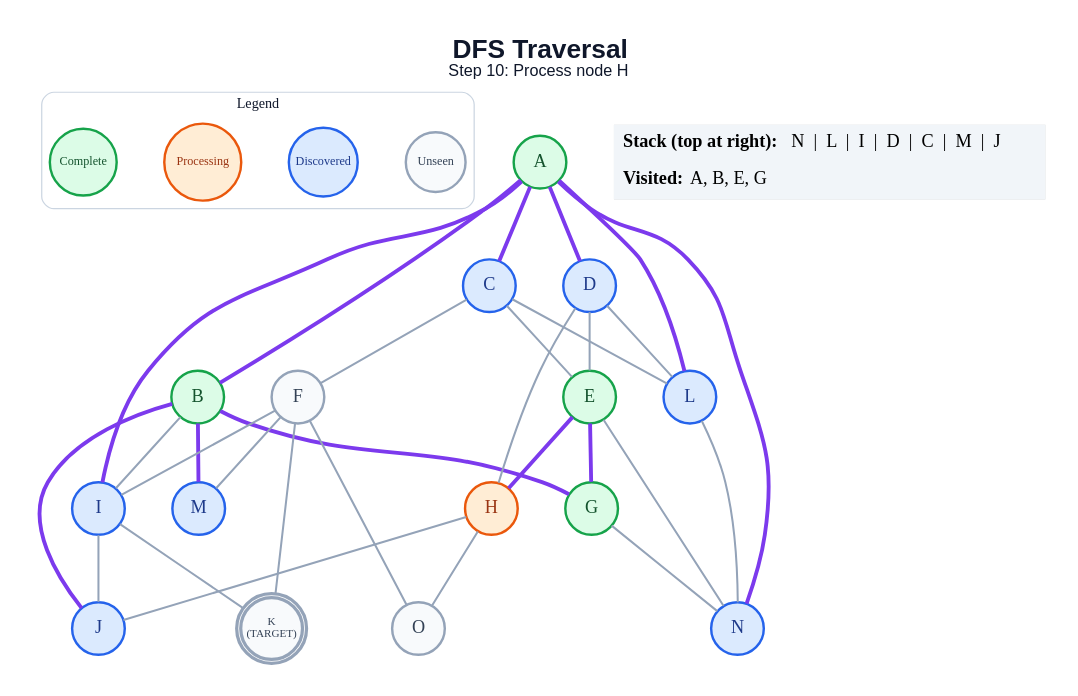
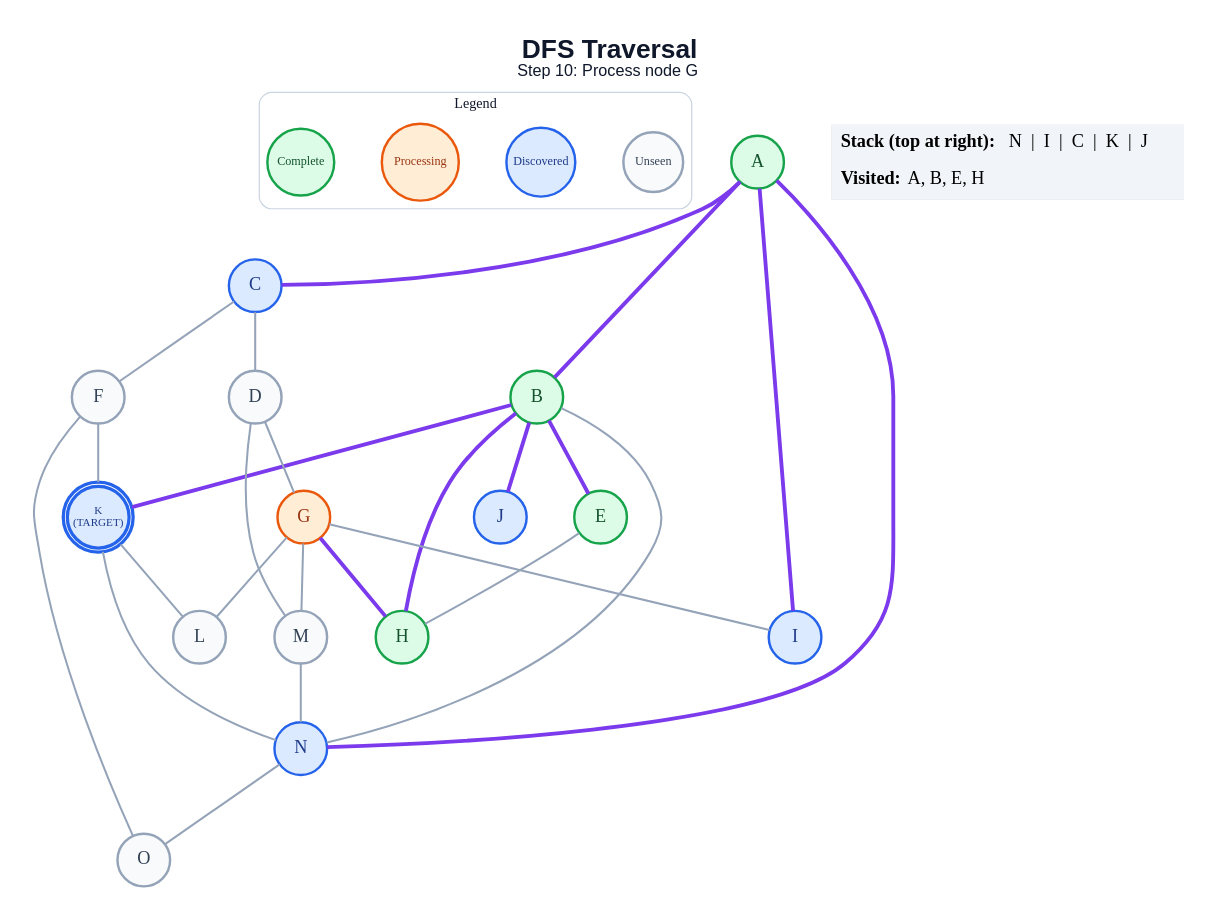
One commit to anon7238593-create/ai-slop changed the diagram in generated/specific-node/dfs/step_10.dot. Above: the diagram before and after it, drawn with Graphviz. The commit also changed 281 other files, not shown here.

```diff
--- a/generated/specific-node/dfs/step_10.dot
+++ b/generated/specific-node/dfs/step_10.dot
@@ -1,63 +1,58 @@
 graph traversal {
   graph [layout=dot, rankdir=TB, bgcolor="#FFFFFF", pad="0.35", nodesep="0.65", ranksep="0.8", fontname="Arial"];
   node [shape=circle, style="filled", fontname="Arial Bold", fontsize=18, width=0.72, fixedsize=true, penwidth=2.4];
   edge [color="#94A3B8", penwidth=2.0];
-  label=<<B>DFS Traversal</B><BR/><FONT POINT-SIZE="16">Step 10: Process node H</FONT>>; labelloc="t"; fontsize=26; fontname="Arial"; fontcolor="#0F172A";
+  label=<<B>DFS Traversal</B><BR/><FONT POINT-SIZE="16">Step 10: Process node G</FONT>>; labelloc="t"; fontsize=26; fontname="Arial"; fontcolor="#0F172A";
   subgraph cluster_legend { label="Legend"; color="#CBD5E1"; penwidth=1.2; style="rounded"; fontsize=14; fontname="Arial Bold";
     key_unseen [label="Unseen", fillcolor="#F8FAFC", color="#94A3B8", fontcolor="#334155", fontsize=12, width=0.82];
     key_frontier [label="Discovered", fillcolor="#DBEAFE", color="#2563EB", fontcolor="#1E3A8A", fontsize=12, width=0.95];
     key_current [label="Processing", fillcolor="#FFEDD5", color="#EA580C", fontcolor="#9A3412", fontsize=12, width=1.05];
     key_done [label="Complete", fillcolor="#DCFCE7", color="#16A34A", fontcolor="#14532D", fontsize=12, width=0.92];
     { rank=same; key_unseen; key_frontier; key_current; key_done; }
   }
   A [label="A", fillcolor="#DCFCE7", color="#16A34A", fontcolor="#14532D", peripheries=1, penwidth=2.4];
   B [label="B", fillcolor="#DCFCE7", color="#16A34A", fontcolor="#14532D", peripheries=1, penwidth=2.4];
   C [label="C", fillcolor="#DBEAFE", color="#2563EB", fontcolor="#1E3A8A", peripheries=1, penwidth=2.4];
-  D [label="D", fillcolor="#DBEAFE", color="#2563EB", fontcolor="#1E3A8A", peripheries=1, penwidth=2.4];
+  D [label="D", fillcolor="#F8FAFC", color="#94A3B8", fontcolor="#334155", peripheries=1, penwidth=2.4];
   E [label="E", fillcolor="#DCFCE7", color="#16A34A", fontcolor="#14532D", peripheries=1, penwidth=2.4];
   F [label="F", fillcolor="#F8FAFC", color="#94A3B8", fontcolor="#334155", peripheries=1, penwidth=2.4];
-  G [label="G", fillcolor="#DCFCE7", color="#16A34A", fontcolor="#14532D", peripheries=1, penwidth=2.4];
-  H [label="H", fillcolor="#FFEDD5", color="#EA580C", fontcolor="#9A3412", peripheries=1, penwidth=2.4];
+  G [label="G", fillcolor="#FFEDD5", color="#EA580C", fontcolor="#9A3412", peripheries=1, penwidth=2.4];
+  H [label="H", fillcolor="#DCFCE7", color="#16A34A", fontcolor="#14532D", peripheries=1, penwidth=2.4];
   I [label="I", fillcolor="#DBEAFE", color="#2563EB", fontcolor="#1E3A8A", peripheries=1, penwidth=2.4];
   J [label="J", fillcolor="#DBEAFE", color="#2563EB", fontcolor="#1E3A8A", peripheries=1, penwidth=2.4];
-  K [label="K\n(TARGET)", fillcolor="#F8FAFC", color="#94A3B8", fontcolor="#334155", peripheries=2, penwidth=3.2, fontsize=11, width=0.85, height=0.85];
-  L [label="L", fillcolor="#DBEAFE", color="#2563EB", fontcolor="#1E3A8A", peripheries=1, penwidth=2.4];
-  M [label="M", fillcolor="#DBEAFE", color="#2563EB", fontcolor="#1E3A8A", peripheries=1, penwidth=2.4];
+  K [label="K\n(TARGET)", fillcolor="#DBEAFE", color="#2563EB", fontcolor="#1E3A8A", peripheries=2, penwidth=3.2, fontsize=11, width=0.85, height=0.85];
+  L [label="L", fillcolor="#F8FAFC", color="#94A3B8", fontcolor="#334155", peripheries=1, penwidth=2.4];
+  M [label="M", fillcolor="#F8FAFC", color="#94A3B8", fontcolor="#334155", peripheries=1, penwidth=2.4];
   N [label="N", fillcolor="#DBEAFE", color="#2563EB", fontcolor="#1E3A8A", peripheries=1, penwidth=2.4];
   O [label="O", fillcolor="#F8FAFC", color="#94A3B8", fontcolor="#334155", peripheries=1, penwidth=2.4];
   A -- B [color="#7C3AED", penwidth=3.8];
   A -- C [color="#7C3AED", penwidth=3.8];
-  A -- D [color="#7C3AED", penwidth=3.8];
   A -- I [color="#7C3AED", penwidth=3.8];
-  A -- L [color="#7C3AED", penwidth=3.8];
   A -- N [color="#7C3AED", penwidth=3.8];
-  B -- G [color="#7C3AED", penwidth=3.8];
-  B -- I;
+  B -- E [color="#7C3AED", penwidth=3.8];
+  B -- H [color="#7C3AED", penwidth=3.8];
   B -- J [color="#7C3AED", penwidth=3.8];
-  B -- M [color="#7C3AED", penwidth=3.8];
-  C -- E;
+  B -- K [color="#7C3AED", penwidth=3.8];
+  B -- N;
+  C -- D;
   C -- F;
-  C -- L;
-  D -- E;
-  D -- H;
-  D -- L;
-  E -- G [color="#7C3AED", penwidth=3.8];
-  E -- H [color="#7C3AED", penwidth=3.8];
-  E -- N;
-  F -- I;
+  D -- G;
+  D -- M;
+  E -- H;
   F -- K;
-  F -- M;
   F -- O;
-  G -- N;
-  H -- J;
-  H -- O;
-  I -- J;
-  I -- K;
-  L -- N;
+  G -- H [color="#7C3AED", penwidth=3.8];
+  G -- I;
+  G -- L;
+  G -- M;
+  K -- L;
+  K -- N;
+  M -- N;
+  N -- O;
   status [shape=plain, fixedsize=false, width=0, height=0, margin=0, label=<
     <TABLE BORDER="0" CELLBORDER="0" CELLPADDING="7" BGCOLOR="#F1F5F9">
-      <TR><TD ALIGN="LEFT"><B>Stack (top at right):</B> N  |  L  |  I  |  D  |  C  |  M  |  J</TD></TR>
-      <TR><TD ALIGN="LEFT"><B>Visited:</B> A, B, E, G</TD></TR>
+      <TR><TD ALIGN="LEFT"><B>Stack (top at right):</B> N  |  I  |  C  |  K  |  J</TD></TR>
+      <TR><TD ALIGN="LEFT"><B>Visited:</B> A, B, E, H</TD></TR>
     </TABLE>
   >];
 }
```
